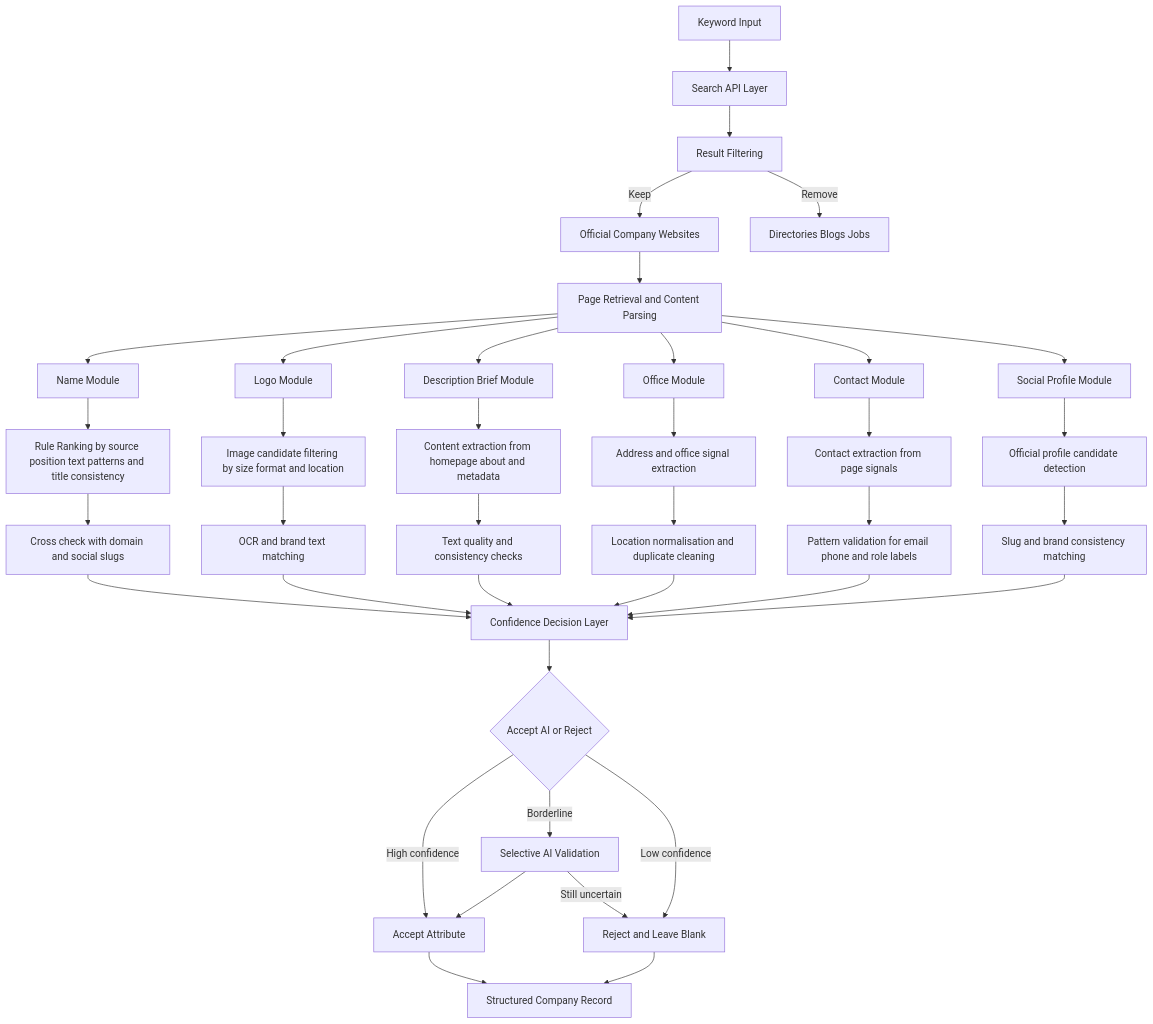
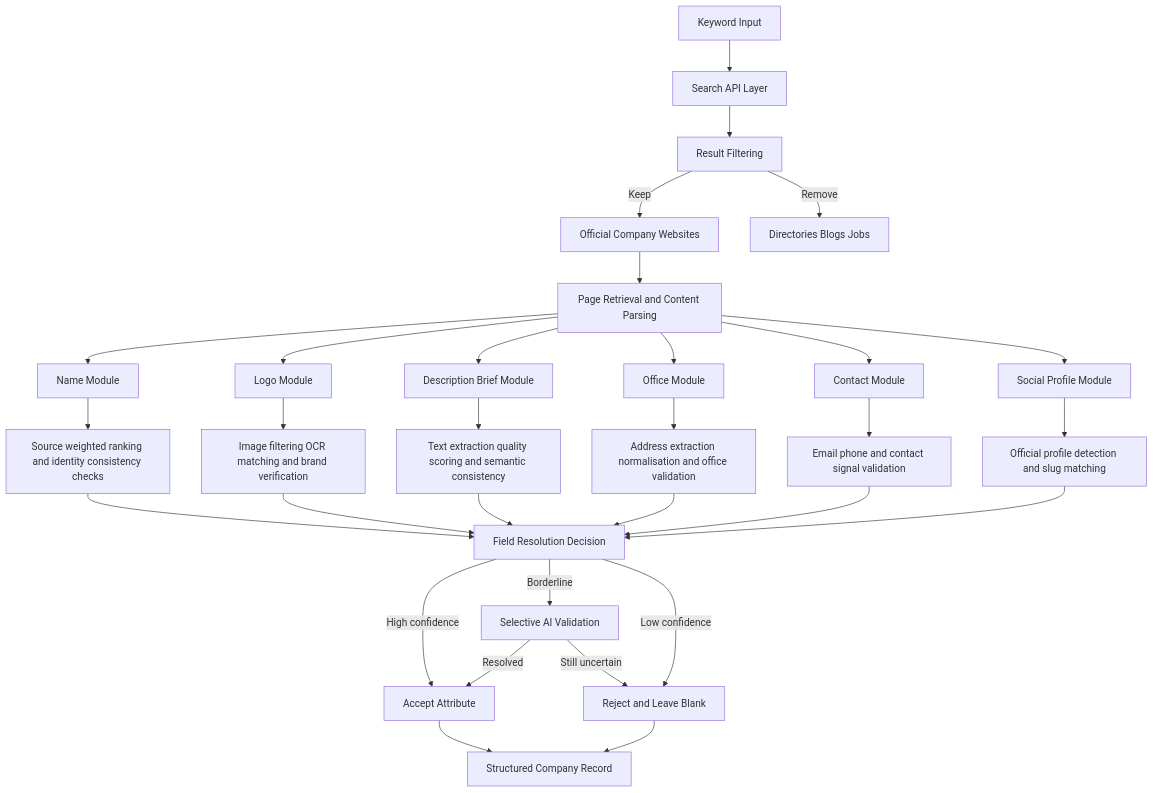
One commit to Shawna-SH/Company-Enrichment-Pipeline-Case-Study- changed the diagram in README.md. Above: the diagram before and after it, drawn with Mermaid.

Commit message:
Refactor decision layers and update module descriptions

````diff
--- a/README.md
+++ b/README.md
@@ -18,54 +18,41 @@
 ```mermaid
 flowchart TD
 
 A[Keyword Input] --> B[Search API Layer]
 B --> C[Result Filtering]
 C -->|Keep| D[Official Company Websites]
 C -->|Remove| X[Directories Blogs Jobs]
 
 D --> E[Page Retrieval and Content Parsing]
 
 E --> N[Name Module]
 E --> L[Logo Module]
 E --> DS[Description Brief Module]
 E --> O[Office Module]
 E --> CT[Contact Module]
 E --> SM[Social Profile Module]
 
-N --> N1[Rule Ranking by source position text patterns and title consistency]
-N1 --> N2[Cross check with domain and social slugs]
+N --> N1[Source weighted ranking and identity consistency checks]
+L --> L1[Image filtering OCR matching and brand verification]
+DS --> DS1[Text extraction quality scoring and semantic consistency]
+O --> O1[Address extraction normalisation and office validation]
+CT --> CT1[Email phone and contact signal validation]
+SM --> SM1[Official profile detection and slug matching]
 
-L --> L1[Image candidate filtering by size format and location]
-L1 --> L2[OCR and brand text matching]
+N1 --> H[Field Resolution Decision]
+L1 --> H
+DS1 --> H
+O1 --> H
+CT1 --> H
+SM1 --> H
 
-DS --> DS1[Content extraction from homepage about and metadata]
-DS1 --> DS2[Text quality and consistency checks]
+H -->|High confidence| J[Accept Attribute]
+H -->|Borderline| K[Selective AI Validation]
+H -->|Low confidence| R[Reject and Leave Blank]
 
-O --> O1[Address and office signal extraction]
-O1 --> O2[Location normalisation and duplicate cleaning]
-
-CT --> CT1[Contact extraction from page signals]
-CT1 --> CT2[Pattern validation for email phone and role labels]
-
-SM --> SM1[Official profile candidate detection]
-SM1 --> SM2[Slug and brand consistency matching]
-
-N2 --> H[Confidence Decision Layer]
-L2 --> H
-DS2 --> H
-O2 --> H
-CT2 --> H
-SM2 --> H
-
-H --> I{Accept AI or Reject}
-
-I -->|High confidence| J[Accept Attribute]
-I -->|Borderline| K[Selective AI Validation]
-I -->|Low confidence| R[Reject and Leave Blank]
-
-K --> J
+K -->|Resolved| J
 K -->|Still uncertain| R
 
 J --> Z[Structured Company Record]
 R --> Z
 ```
````
